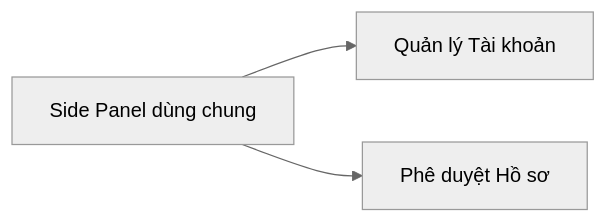
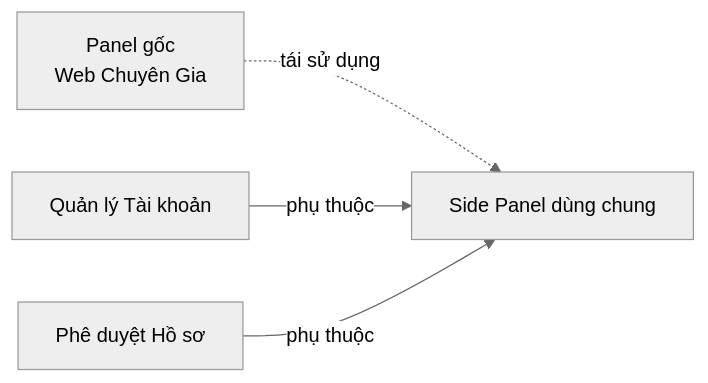
Before and after one commit to ldphu410/Analyze: the first of 2 diagrams in Result/modules/shared-detail-panel.md, drawn with Mermaid (neutral theme). The commit also changed other lines of this file and 8 other files, not shown here.

Commit message:
chore: Update module diagram

````diff
--- a/Result/modules/shared-detail-panel.md
+++ b/Result/modules/shared-detail-panel.md
@@ -71,8 +71,10 @@
 ```mermaid
 flowchart LR
+  WCG[Panel gốc<br/>Web Chuyên Gia]
   SDP[Side Panel dùng chung]
   QTK[Quản lý Tài khoản]
   PDHS[Phê duyệt Hồ sơ]
-  SDP --> QTK
-  SDP --> PDHS
+  WCG -.->|tái sử dụng| SDP
+  QTK -->|phụ thuộc| SDP
+  PDHS -->|phụ thuộc| SDP
 ```
````
